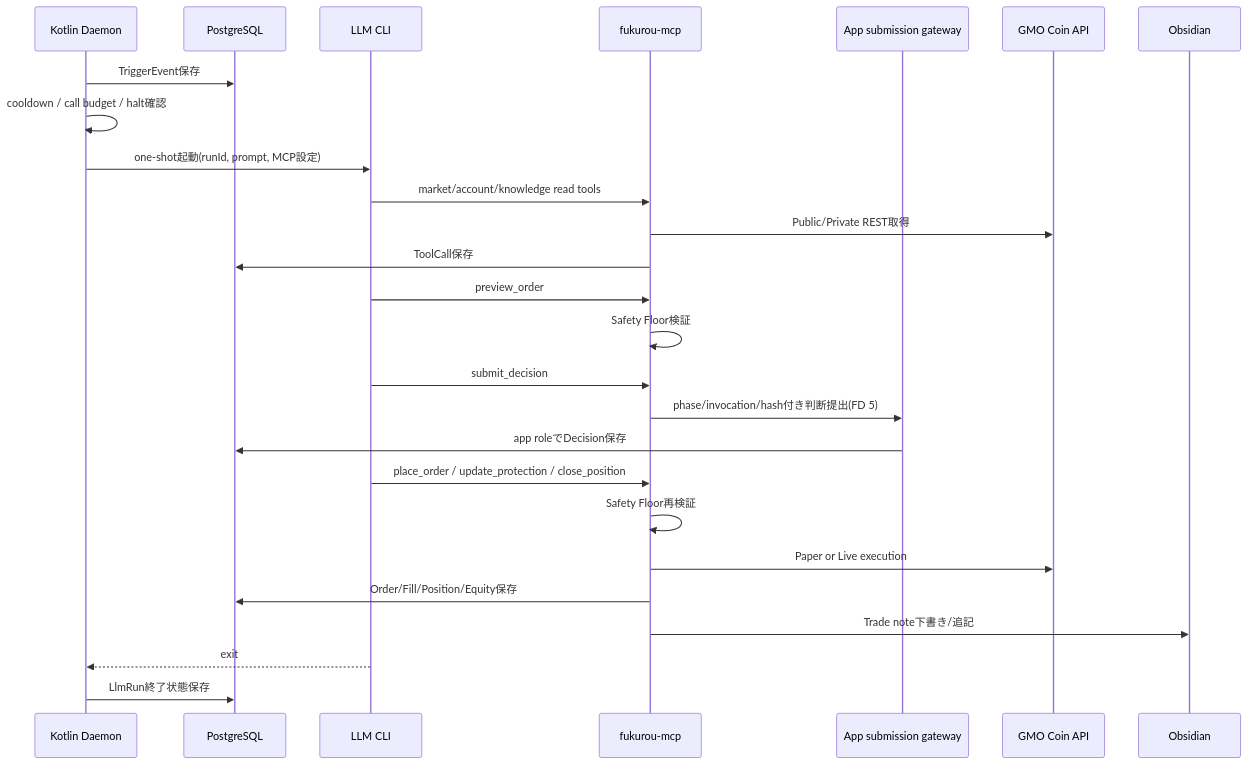
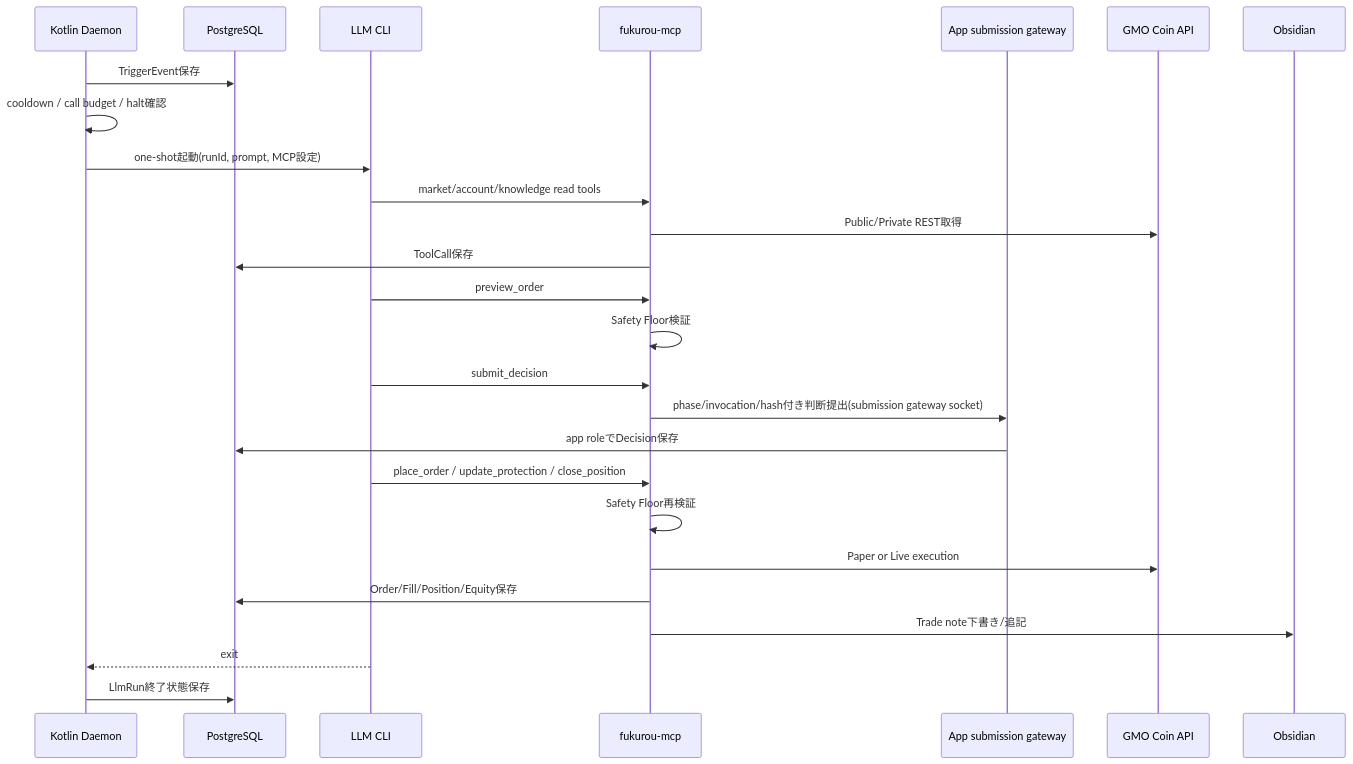
The second of 2 diagrams in docs/design.md (matsumo0922/fukurou), drawn with Mermaid before and after one commit. The commit also changed other lines of this file and 36 other files, not shown here.

````diff
--- a/docs/design.md
+++ b/docs/design.md
@@ -167,29 +167,29 @@
 ```mermaid
 sequenceDiagram
     participant D as Kotlin Daemon
     participant DB as PostgreSQL
     participant CLI as LLM CLI
     participant MCP as fukurou-mcp
     participant APP as App submission gateway
     participant GMO as GMO Coin API
     participant OBS as Obsidian
 
     D->>DB: TriggerEvent保存
     D->>D: cooldown / call budget / halt確認
     D->>CLI: one-shot起動(runId, prompt, MCP設定)
     CLI->>MCP: market/account/knowledge read tools
     MCP->>GMO: Public/Private REST取得
     MCP->>DB: ToolCall保存
     CLI->>MCP: preview_order
     MCP->>MCP: Safety Floor検証
     CLI->>MCP: submit_decision
-    MCP->>APP: phase/invocation/hash付き判断提出(FD 5)
+    MCP->>APP: phase/invocation/hash付き判断提出(submission gateway socket)
     APP->>DB: app roleでDecision保存
     CLI->>MCP: place_order / update_protection / close_position
     MCP->>MCP: Safety Floor再検証
     MCP->>GMO: Paper or Live execution
     MCP->>DB: Order/Fill/Position/Equity保存
     MCP->>OBS: Trade note下書き/追記
     CLI-->>D: exit
     D->>DB: LlmRun終了状態保存
 ```
````
